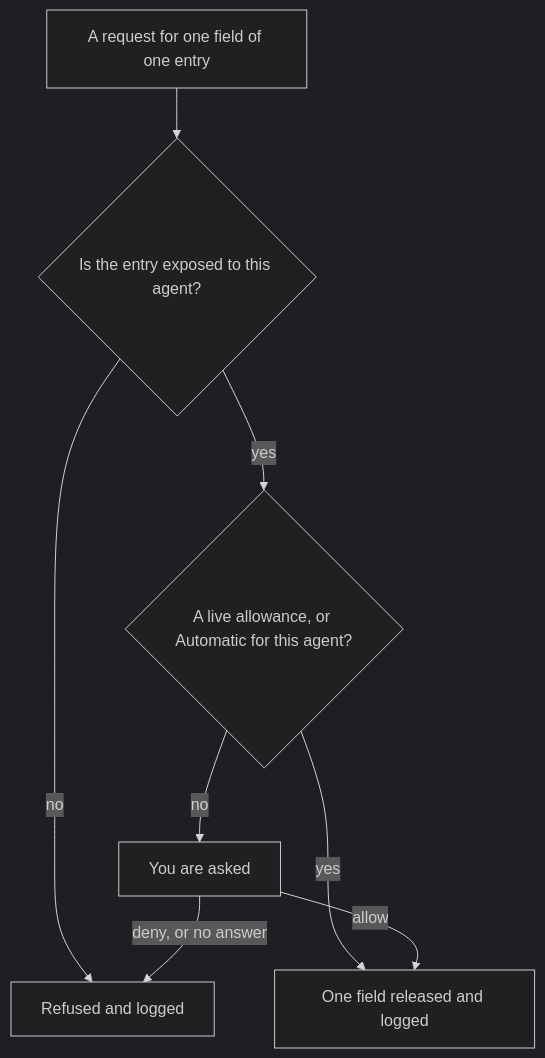
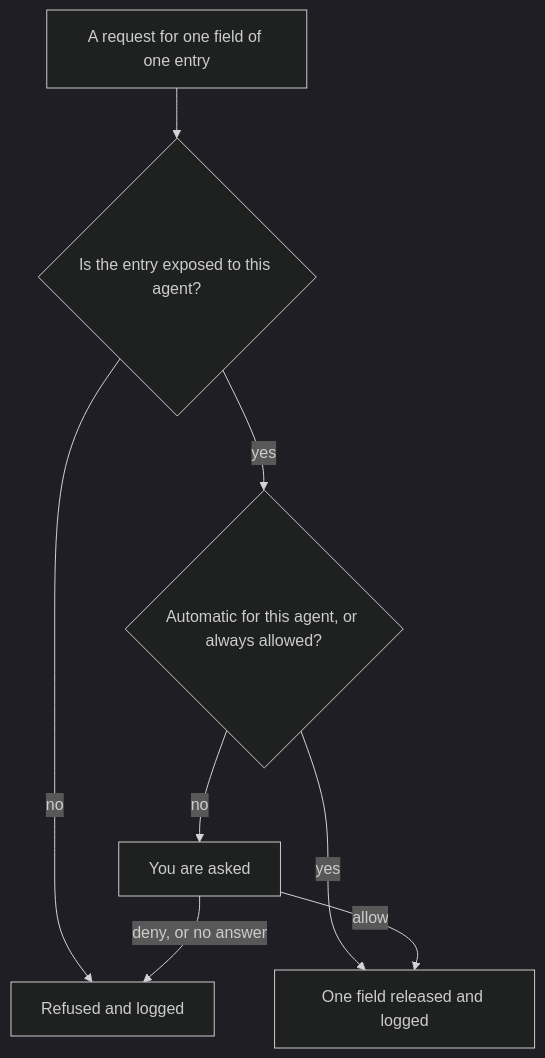
One commit to notinferred/keypaste changed the second of 3 diagrams in site/web/src/content/docs/how-it-works/index.mdx. Above: the diagram before and after it, drawn with Mermaid (dark theme). The commit also changed other lines of this file and 255 other files, not shown here.

````diff
--- a/site/web/src/content/docs/how-it-works/index.mdx
+++ b/site/web/src/content/docs/how-it-works/index.mdx
@@ -37,10 +37,10 @@
 ```mermaid
 flowchart TD
   request["A request for one field of one entry"] --> exposed{"Is the entry exposed to this agent?"}
   exposed -->|no| refused["Refused and logged"]
-  exposed -->|yes| allowance{"A live allowance, or Automatic for this agent?"}
-  allowance -->|yes| released["One field released and logged"]
-  allowance -->|no| ask["You are asked"]
+  exposed -->|yes| standing{"Automatic for this agent, or always allowed?"}
+  standing -->|yes| released["One field released and logged"]
+  standing -->|no| ask["You are asked"]
   ask -->|deny, or no answer| refused
   ask -->|allow| released
 ```
````
